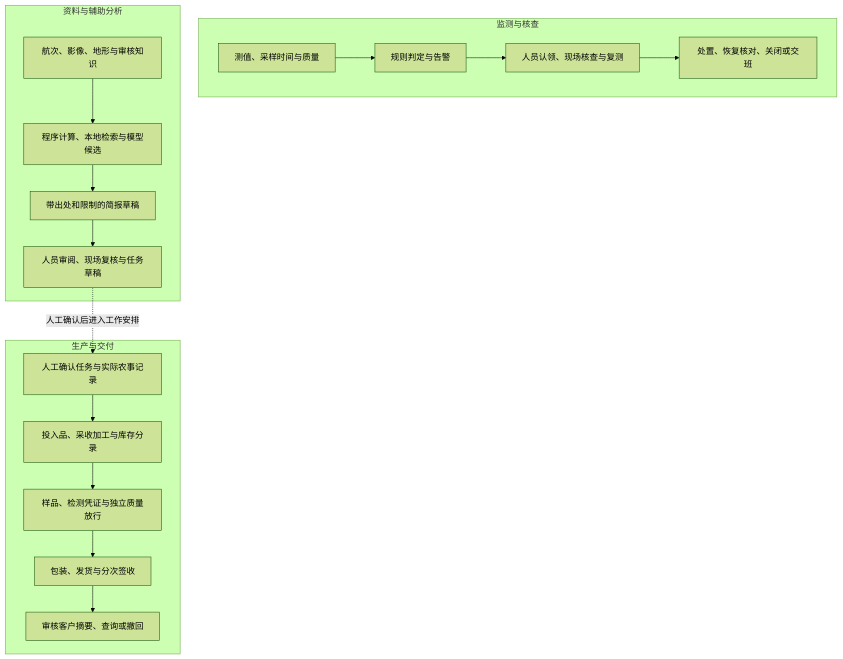
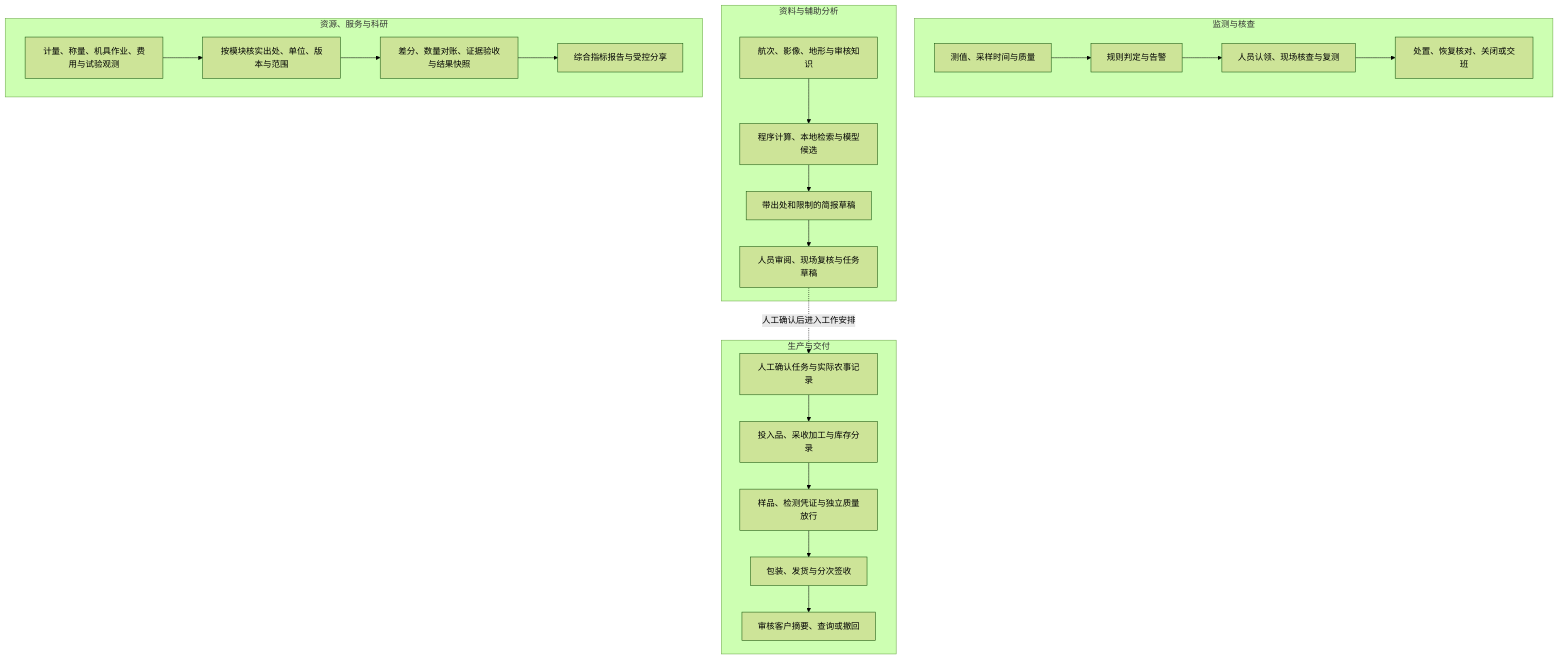
The second of 2 diagrams in README.md (8jdkds7nzz-hub/liangzihu-farm-platform), drawn with Mermaid (forest theme) before and after one commit. The commit also changed other lines of this file and 2 other files, not shown here.

Commit message:
docs: 补齐四期流程与循环科研功能截图

````diff
--- a/README.md
+++ b/README.md
@@ -78,20 +78,25 @@
 ```mermaid
 flowchart TB
     subgraph MONITOR["监测与核查"]
         M1["测值、采样时间与质量"] --> M2["规则判定与告警"]
         M2 --> M3["人员认领、现场核查与复测"]
         M3 --> M4["处置、恢复核对、关闭或交班"]
     end
     subgraph PRODUCTION["生产与交付"]
         P1["人工确认任务与实际农事记录"] --> P2["投入品、采收加工与库存分录"]
         P2 --> P3["样品、检测凭证与独立质量放行"]
         P3 --> P4["包装、发货与分次签收"]
         P4 --> P5["审核客户摘要、查询或撤回"]
     end
     subgraph ANALYSIS["资料与辅助分析"]
         A1["航次、影像、地形与审核知识"] --> A2["程序计算、本地检索与模型候选"]
         A2 --> A3["带出处和限制的简报草稿"]
         A3 --> A4["人员审阅、现场复核与任务草稿"]
     end
+    subgraph MANAGEMENT["资源、服务与科研"]
+        R1["计量、称量、机具作业、费用与试验观测"] --> R2["按模块核实出处、单位、版本与范围"]
+        R2 --> R3["差分、数量对账、证据验收与结果快照"]
+        R3 --> R4["综合指标报告与受控分享"]
+    end
     A4 -. 人工确认后进入工作安排 .-> P1
 ```
````
